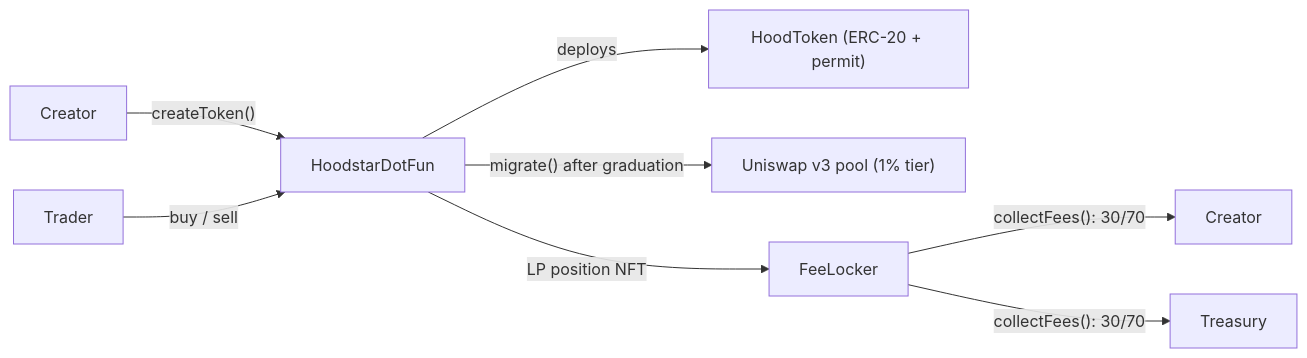
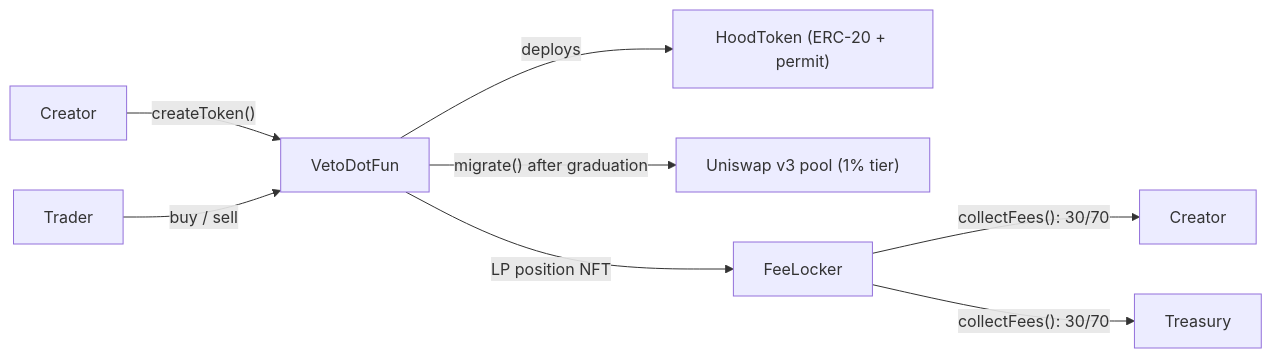
Before and after one commit to 0xAtaraxos/veto-docs: the diagram in developers/overview.mdx, drawn with Mermaid. The commit also changed other lines of this file and 25 other files, not shown here.

First line of the commit message:
Rebrand Hoodstar → Veto

````diff
--- a/developers/overview.mdx
+++ b/developers/overview.mdx
@@ -38,9 +38,9 @@
 ```mermaid
 flowchart LR
-    Creator -- "createToken()" --> LP[HoodstarDotFun]
+    Creator -- "createToken()" --> LP[VetoDotFun]
     Trader -- "buy / sell" --> LP
     LP -- deploys --> T["HoodToken (ERC-20 + permit)"]
     LP -- "migrate() after graduation" --> UNI["Uniswap v3 pool (1% tier)"]
     LP -- "LP position NFT" --> FL[FeeLocker]
     FL -- "collectFees(): 30/70" --> Creator2[Creator] & Treasury
 ```
````
